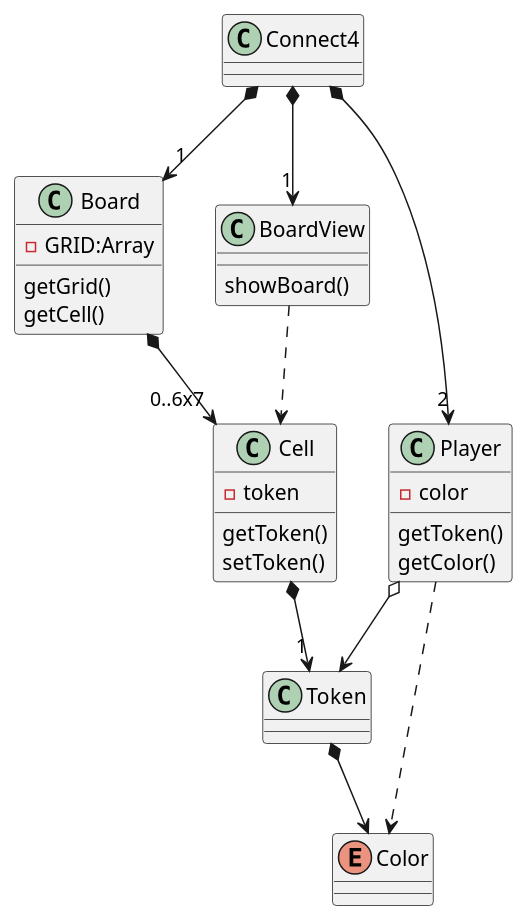
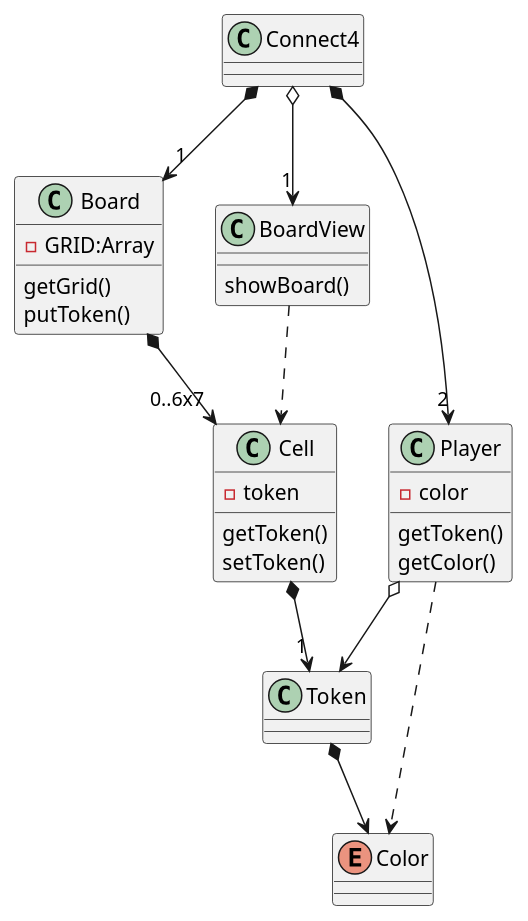
The diagram in connect4/connect4.plantuml (olaft/mpds-javascript), drawn with PlantUML before and after one commit. The commit also changed 1 other file, not shown here.

```diff
--- a/connect4/connect4.plantuml
+++ b/connect4/connect4.plantuml
@@ -1,35 +1,35 @@
 @startuml
 class Connect4
 class Board{
     -GRID:Array
     getGrid()
-    getCell()
+    putToken()
 }
 
 class BoardView {
     showBoard()
 }
 class Player {
     -color
     getToken()
     getColor()
 }
 class Cell {
     -token
     getToken()
     setToken()
 }
 class Token
 enum Color{
 }
 Connect4 *--> "1" Board
-Connect4 *--> "1" BoardView
+Connect4 o--> "1" BoardView
 Connect4 *--> "2" Player
 BoardView ..> Cell
 Player o--> Token
 Token *--> Color
 Player ..> Color
 
 Board *--> "0..6x7" Cell
 Cell *--> "1" Token
 @enduml
```
